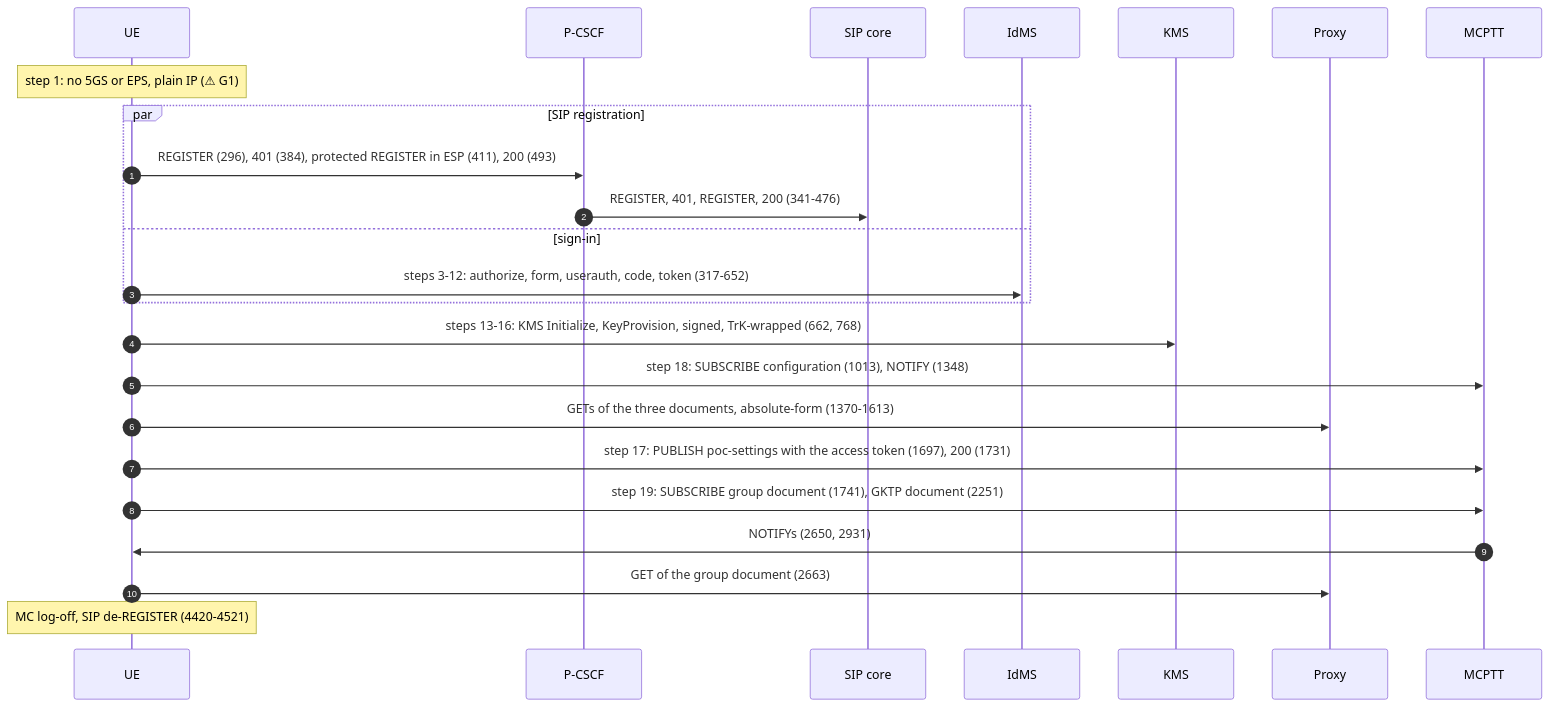
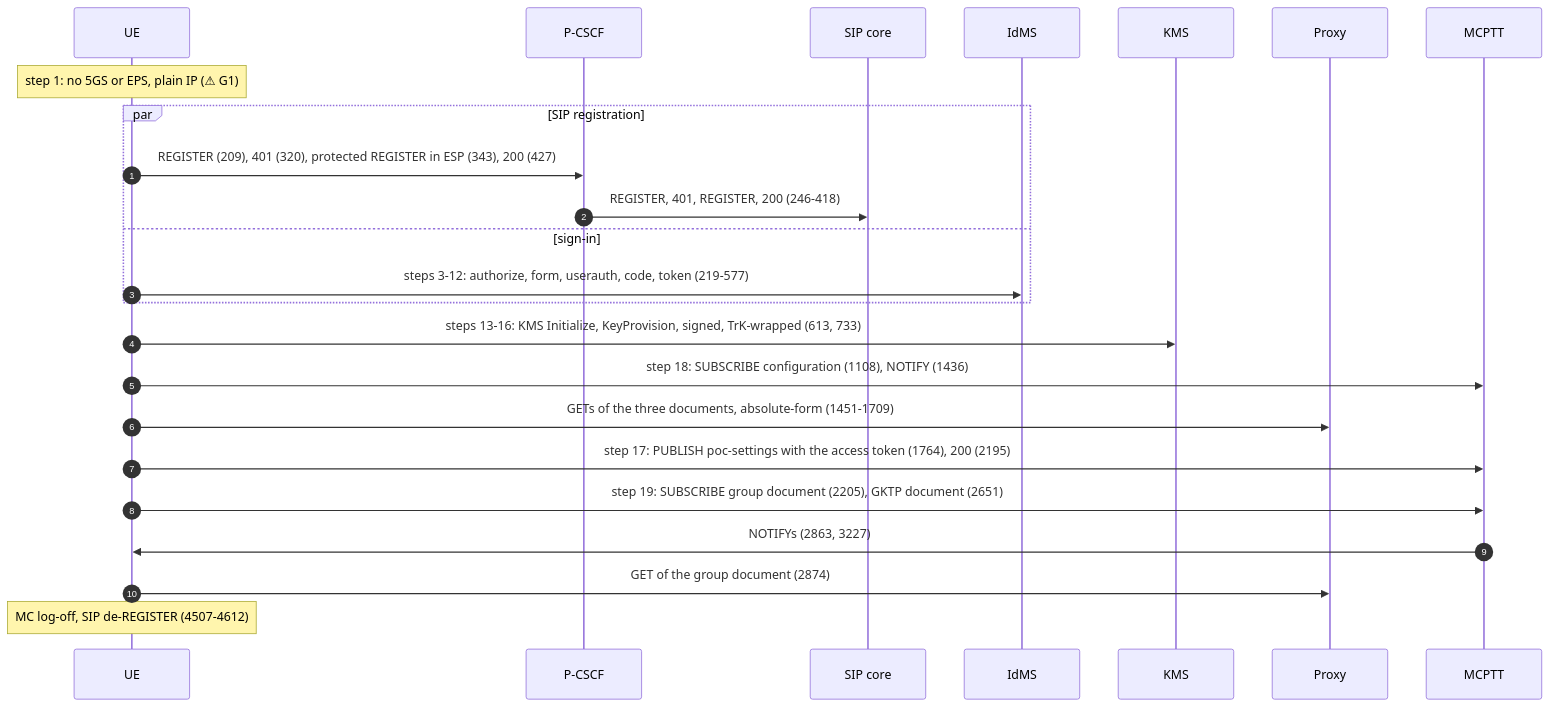
One commit to openMCX/openmcx-server changed the first of 9 diagrams in tutorials/end-to-end/10-openmcx-ue-conformance-check/CALL_FLOW.md. Above: the diagram before and after it, drawn with Mermaid. The commit also changed other lines of this file and 6 other files, not shown here.

````diff
--- a/tutorials/end-to-end/10-openmcx-ue-conformance-check/CALL_FLOW.md
+++ b/tutorials/end-to-end/10-openmcx-ue-conformance-check/CALL_FLOW.md
@@ -48,26 +48,26 @@
 ```mermaid
 sequenceDiagram
     autonumber
     participant UE
     participant PC as P-CSCF
     participant SC as SIP core
     participant IdMS
     participant KMS
     participant PX as Proxy
     participant AS as MCPTT
     Note over UE: step 1: no 5GS or EPS, plain IP (⚠ G1)
     par SIP registration
-        UE->>PC: REGISTER (296), 401 (384), protected REGISTER in ESP (411), 200 (493)
-        PC->>SC: REGISTER, 401, REGISTER, 200 (341-476)
+        UE->>PC: REGISTER (209), 401 (320), protected REGISTER in ESP (343), 200 (427)
+        PC->>SC: REGISTER, 401, REGISTER, 200 (246-418)
     and sign-in
-        UE->>IdMS: steps 3-12: authorize, form, userauth, code, token (317-652)
+        UE->>IdMS: steps 3-12: authorize, form, userauth, code, token (219-577)
     end
-    UE->>KMS: steps 13-16: KMS Initialize, KeyProvision, signed, TrK-wrapped (662, 768)
-    UE->>AS: step 18: SUBSCRIBE configuration (1013), NOTIFY (1348)
-    UE->>PX: GETs of the three documents, absolute-form (1370-1613)
-    UE->>AS: step 17: PUBLISH poc-settings with the access token (1697), 200 (1731)
-    UE->>AS: step 19: SUBSCRIBE group document (1741), GKTP document (2251)
-    AS->>UE: NOTIFYs (2650, 2931)
-    UE->>PX: GET of the group document (2663)
-    Note over UE: MC log-off, SIP de-REGISTER (4420-4521)
+    UE->>KMS: steps 13-16: KMS Initialize, KeyProvision, signed, TrK-wrapped (613, 733)
+    UE->>AS: step 18: SUBSCRIBE configuration (1108), NOTIFY (1436)
+    UE->>PX: GETs of the three documents, absolute-form (1451-1709)
+    UE->>AS: step 17: PUBLISH poc-settings with the access token (1764), 200 (2195)
+    UE->>AS: step 19: SUBSCRIBE group document (2205), GKTP document (2651)
+    AS->>UE: NOTIFYs (2863, 3227)
+    UE->>PX: GET of the group document (2874)
+    Note over UE: MC log-off, SIP de-REGISTER (4507-4612)
 ```
````
